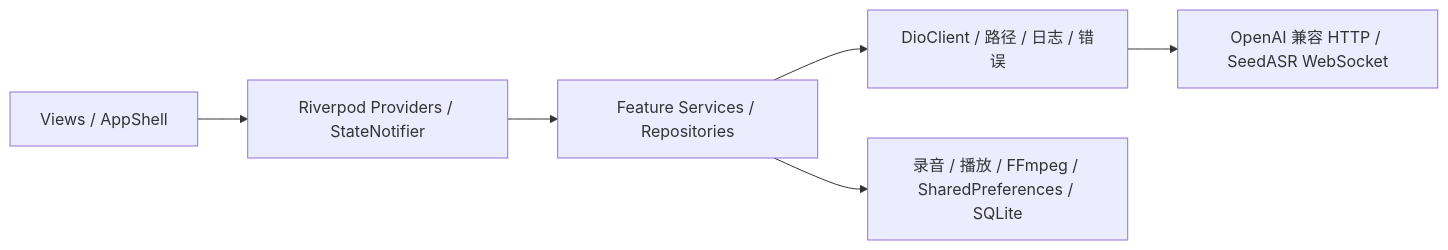
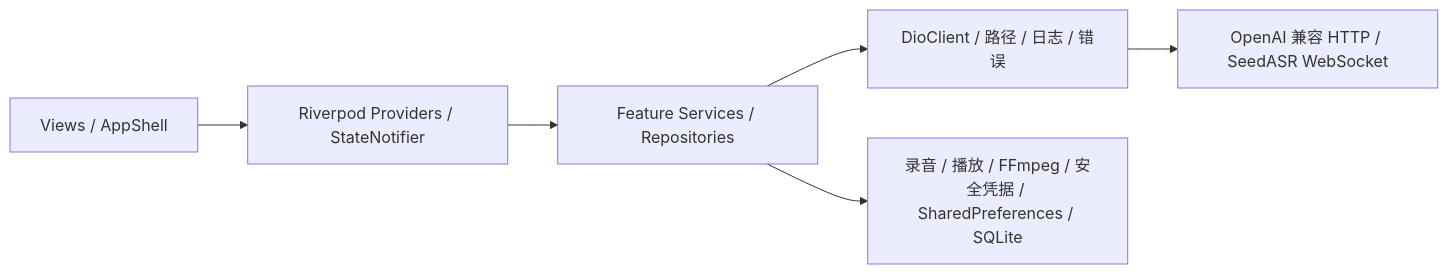
Before and after one commit to glosc-ai/voxflow: the diagram in README.md, drawn with Mermaid. The commit also changed other lines of this file and 45 other files, not shown here.

````diff
--- a/README.md
+++ b/README.md
@@ -70,8 +72,8 @@
 ```mermaid
 flowchart LR
     View["Views / AppShell"] --> State["Riverpod Providers / StateNotifier"]
     State --> Service["Feature Services / Repositories"]
     Service --> Core["DioClient / 路径 / 日志 / 错误"]
-    Service --> Platform["录音 / 播放 / FFmpeg / SharedPreferences / SQLite"]
+    Service --> Platform["录音 / 播放 / FFmpeg / 安全凭据 / SharedPreferences / SQLite"]
     Core --> Remote["OpenAI 兼容 HTTP / SeedASR WebSocket"]
 ```
````
